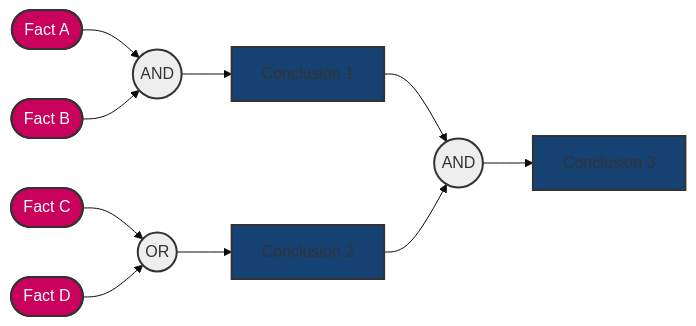
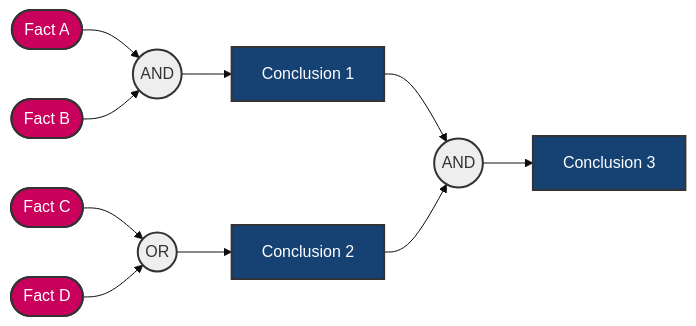
The sixth of 7 diagrams in octopoes/docs/diagrams.md (minvws/nl-kat-coordination), drawn with Mermaid (base theme) before and after one commit.

Commit message:
docs(octopoes): diagrams

````diff
--- a/octopoes/docs/diagrams.md
+++ b/octopoes/docs/diagrams.md
@@ -106,30 +106,30 @@
 ```mermaid
 flowchart LR
 
     A(["Fact A"])
     B(["Fact B"])
     C(["Fact C"])
     D(["Fact D"])
     
     C1["Conclusion 1"]
     C2["Conclusion 2"]
     C3["Conclusion 3"]
     
     O1(("AND"))
     O2(("OR"))
     O3(("AND"))
     
     A --> O1 --> C1 --> O3 --> C3
     B --> O1
     
     C --> O2 --> C2 --> O3
     D --> O2
     
     classDef fact fill:#ca005d,stroke:#333,color:white,stroke-width:2px;
-    classDef conclusion fill:#154273,stroke:#333,stroke-width:2px;
+    classDef conclusion fill:#154273,stroke:#333,color:white,stroke-width:2px;
     classDef operator fill:#eee,stroke:#333,stroke-width:2px;
     class A,B,C,D fact
     class C1,C2,C3 conclusion
     class O1,O2,O3 operator
     
 ```
````
